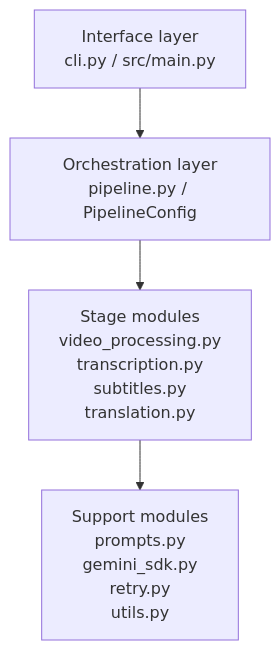
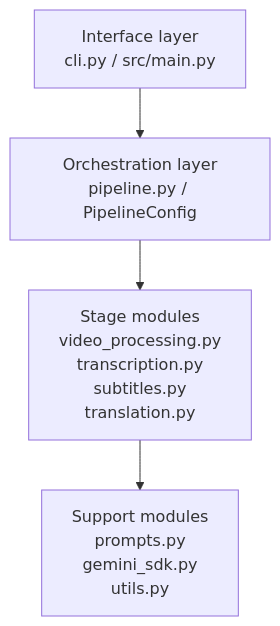
One commit to coletangsy/hermecho changed the sixth of 6 diagrams in docs/repo-architecture-lecture-notes.md. Above: the diagram before and after it, drawn with Mermaid. The commit also changed other lines of this file and 5 other files, not shown here.

````diff
--- a/docs/repo-architecture-lecture-notes.md
+++ b/docs/repo-architecture-lecture-notes.md
@@ -329,9 +327,9 @@
 ```mermaid
 flowchart TB
     Interface["Interface layer<br/>cli.py / src/main.py"]
     Orchestration["Orchestration layer<br/>pipeline.py / PipelineConfig"]
     StageModules["Stage modules<br/>video_processing.py<br/>transcription.py<br/>subtitles.py<br/>translation.py"]
-    Support["Support modules<br/>prompts.py<br/>gemini_sdk.py<br/>retry.py<br/>utils.py"]
+    Support["Support modules<br/>prompts.py<br/>gemini_sdk.py<br/>utils.py"]
 
     Interface --> Orchestration --> StageModules --> Support
 ```
````
